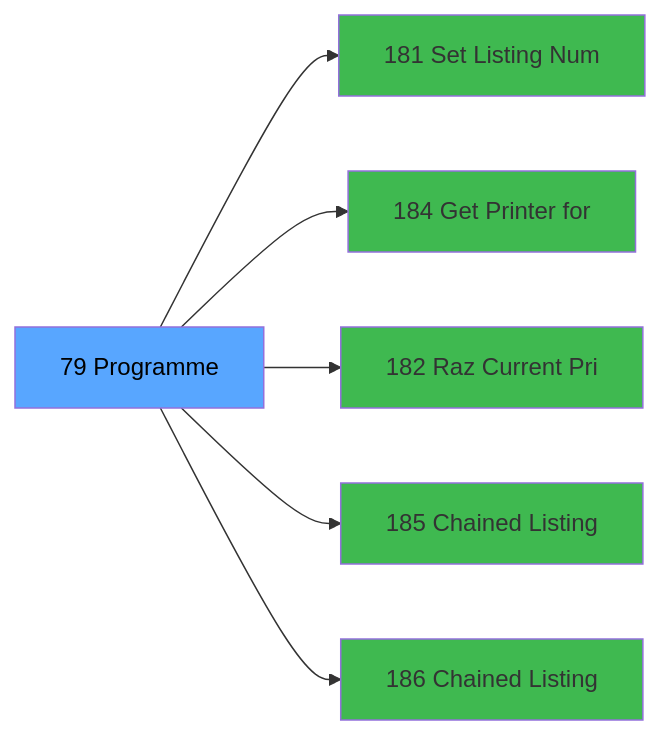
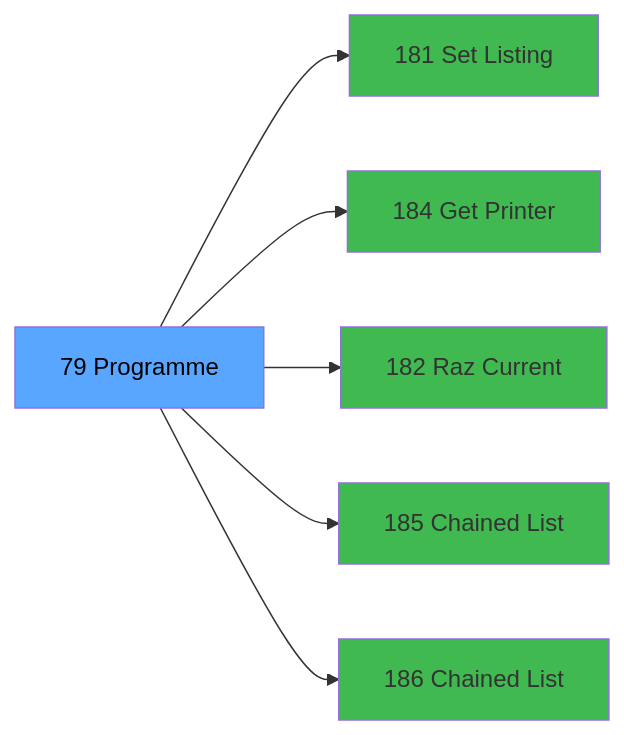
The third of 3 diagrams in .openspec/specs/ADH-IDE-79.md (thonyAGP/magic-migration), drawn with Mermaid before and after one commit. The commit also changed other lines of this file and 323 other files, not shown here.

````diff
--- a/.openspec/specs/ADH-IDE-79.md
+++ b/.openspec/specs/ADH-IDE-79.md
@@ -122,20 +157,20 @@
 ```mermaid
 graph LR
     T[79 Programme]
-    C181[181 Set Listing Num]
+    C181[181 Set Listing ]
     T --> C181
-    C184[184 Get Printer for]
+    C184[184 Get Printer ]
     T --> C184
-    C182[182 Raz Current Pri]
+    C182[182 Raz Current ]
     T --> C182
-    C185[185 Chained Listing]
+    C185[185 Chained List]
     T --> C185
-    C186[186 Chained Listing]
+    C186[186 Chained List]
     T --> C186
     style T fill:#58a6ff,color:#000
     style C181 fill:#3fb950
     style C184 fill:#3fb950
     style C182 fill:#3fb950
     style C185 fill:#3fb950
     style C186 fill:#3fb950
 ```
````
